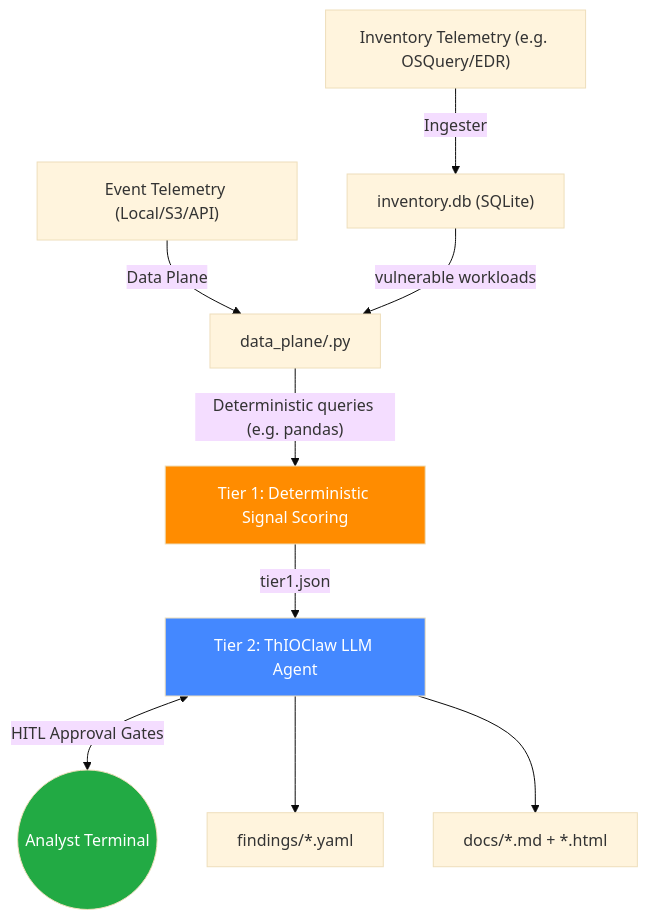
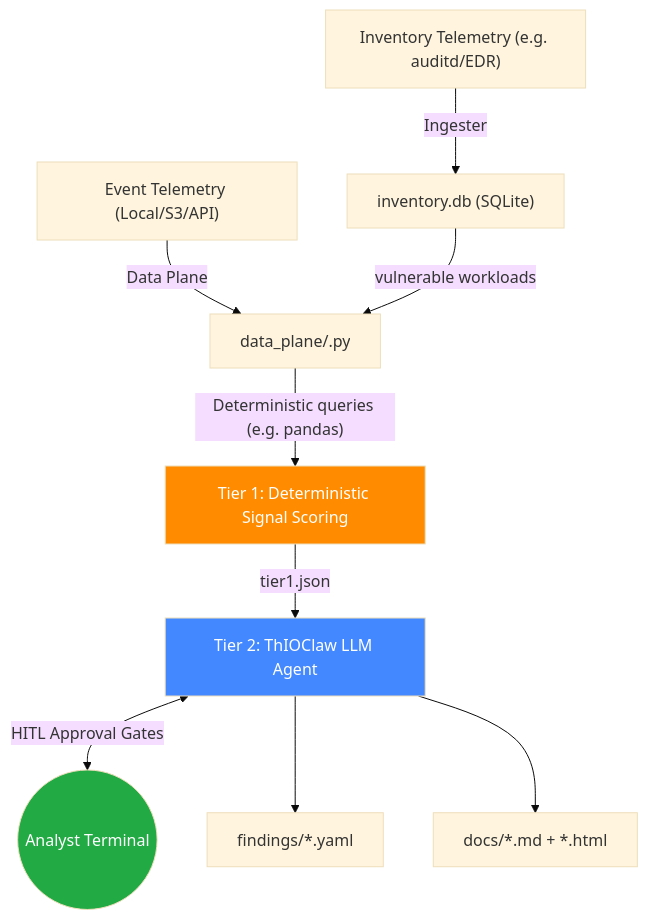
Before and after one commit to tjs24/ThIOClaw: the diagram in README.md, drawn with Mermaid (base theme). The commit also changed other lines of this file and 3 other files, not shown here.

First line of the commit message:
feat: declare auditd as a peer event source alongside osquery

````diff
--- a/README.md
+++ b/README.md
@@ -193,15 +207,15 @@
 ```mermaid
 graph TD
-    A["Inventory Telemetry (e.g. OSQuery/EDR)"] -->|Ingester| B["inventory.db (SQLite)"]
+    A["Inventory Telemetry (e.g. auditd/EDR)"] -->|Ingester| B["inventory.db (SQLite)"]
     C["Event Telemetry (Local/S3/API)"] -->|Data Plane| D["data_plane/<cve_id>.py"]
     B -->|vulnerable workloads| D
     D -->|"Deterministic queries (e.g. pandas)"| E["Tier 1: Deterministic Signal Scoring"]
     E -->|tier1.json| F["Tier 2: ThIOClaw LLM Agent"]
     F <-->|"HITL Approval Gates"| G(("Analyst Terminal"))
     F --> H["findings/*.yaml"]
     F --> I["docs/*.md + *.html"]
 
     style E fill:#ff8c00,color:#fff
     style F fill:#4488ff,color:#fff
     style G fill:#22aa44,color:#fff
 ```
````
